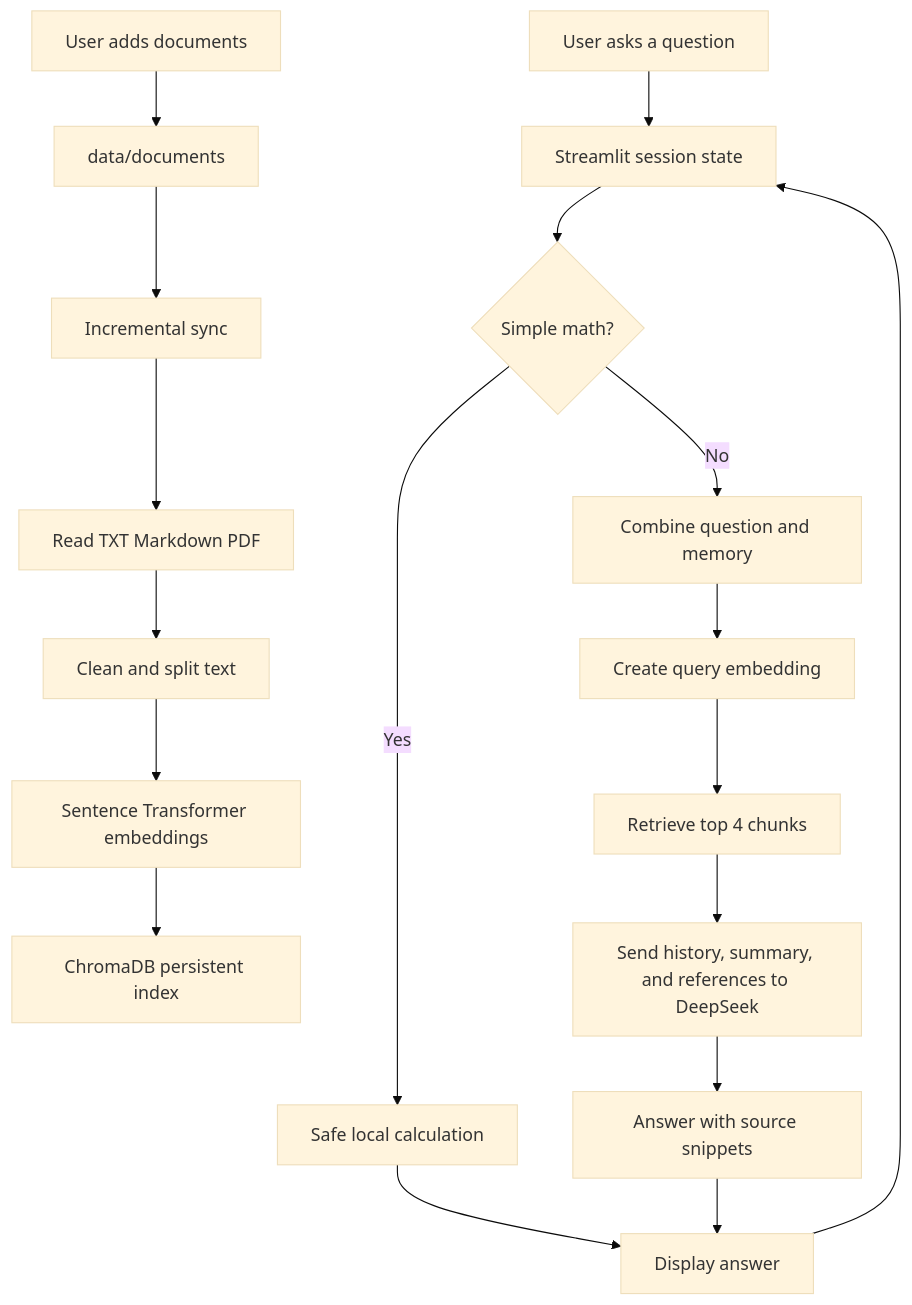
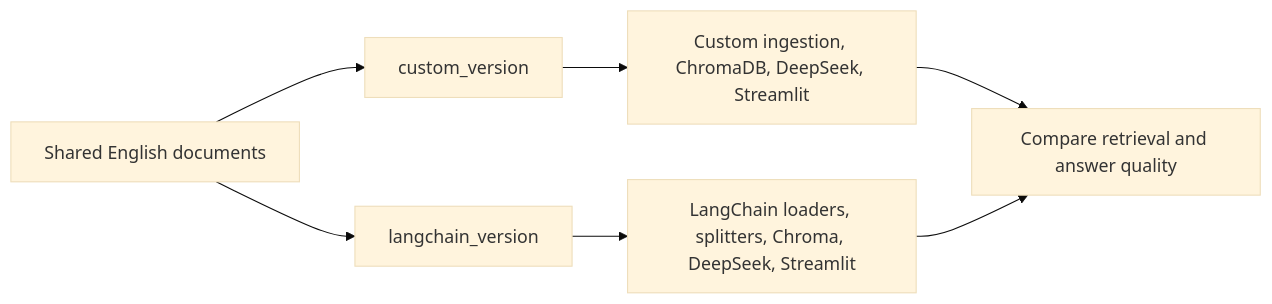
The diagram in ARCHITECTURE.md (ylceadap/RAG_DEMO), drawn with Mermaid (base theme) before and after one commit. The commit also changed other lines of this file and 29 other files, not shown here.

Commit message:
Add side-by-side LangChain implementation

````diff
--- a/ARCHITECTURE.md
+++ b/ARCHITECTURE.md
@@ -72,21 +5,9 @@
 ```mermaid
-flowchart TD
-    A[User adds documents] --> B[data/documents]
-    B --> C[Incremental sync]
-    C --> D[Read TXT Markdown PDF]
-    D --> E[Clean and split text]
-    E --> F[Sentence Transformer embeddings]
-    F --> G[ChromaDB persistent index]
-
-    H[User asks a question] --> I[Streamlit session state]
-    I --> J{Simple math?}
-    J -- Yes --> K[Safe local calculation]
-    J -- No --> L[Combine question and memory]
-    L --> M[Create query embedding]
-    M --> N[Retrieve top 4 chunks]
-    N --> O[Send history, summary, and references to DeepSeek]
-    O --> P[Answer with source snippets]
-    K --> Q[Display answer]
-    P --> Q
-    Q --> I
+flowchart LR
+    A[Shared English documents] --> B[custom_version]
+    A --> C[langchain_version]
+    B --> D[Custom ingestion, ChromaDB, DeepSeek, Streamlit]
+    C --> E[LangChain loaders, splitters, Chroma, DeepSeek, Streamlit]
+    D --> F[Compare retrieval and answer quality]
+    E --> F
 ```
````
